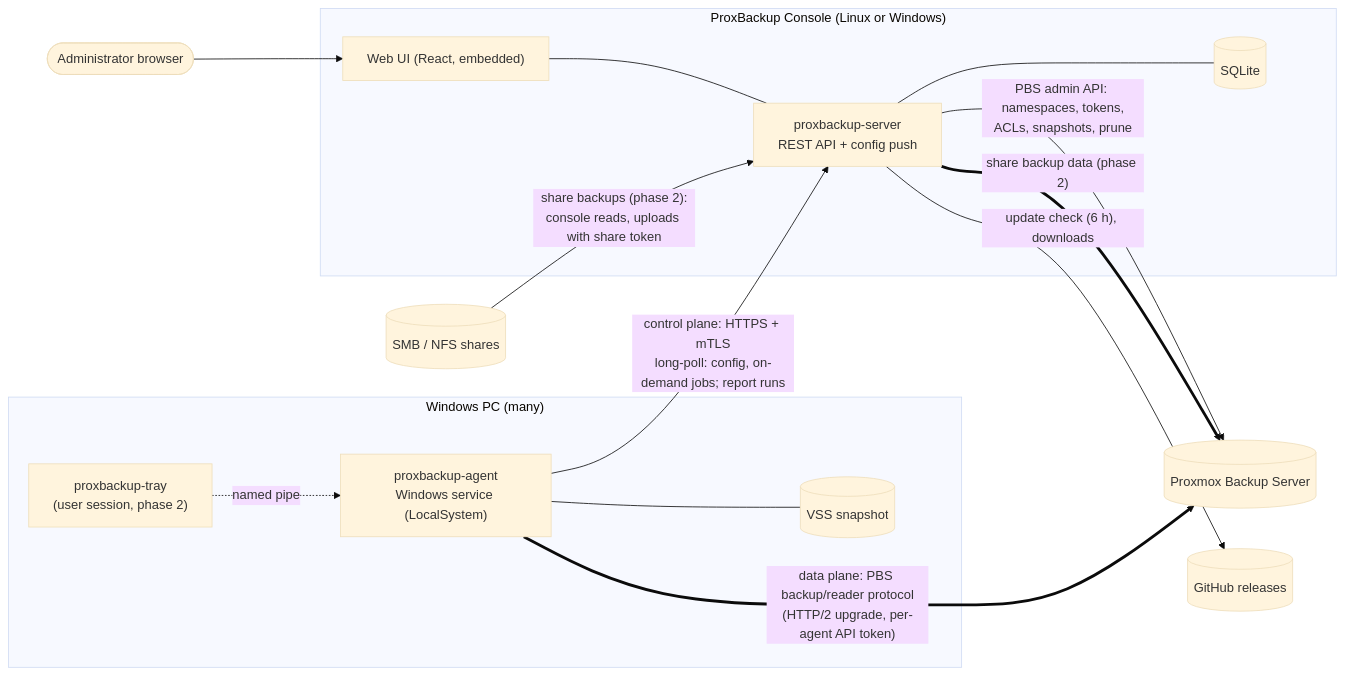
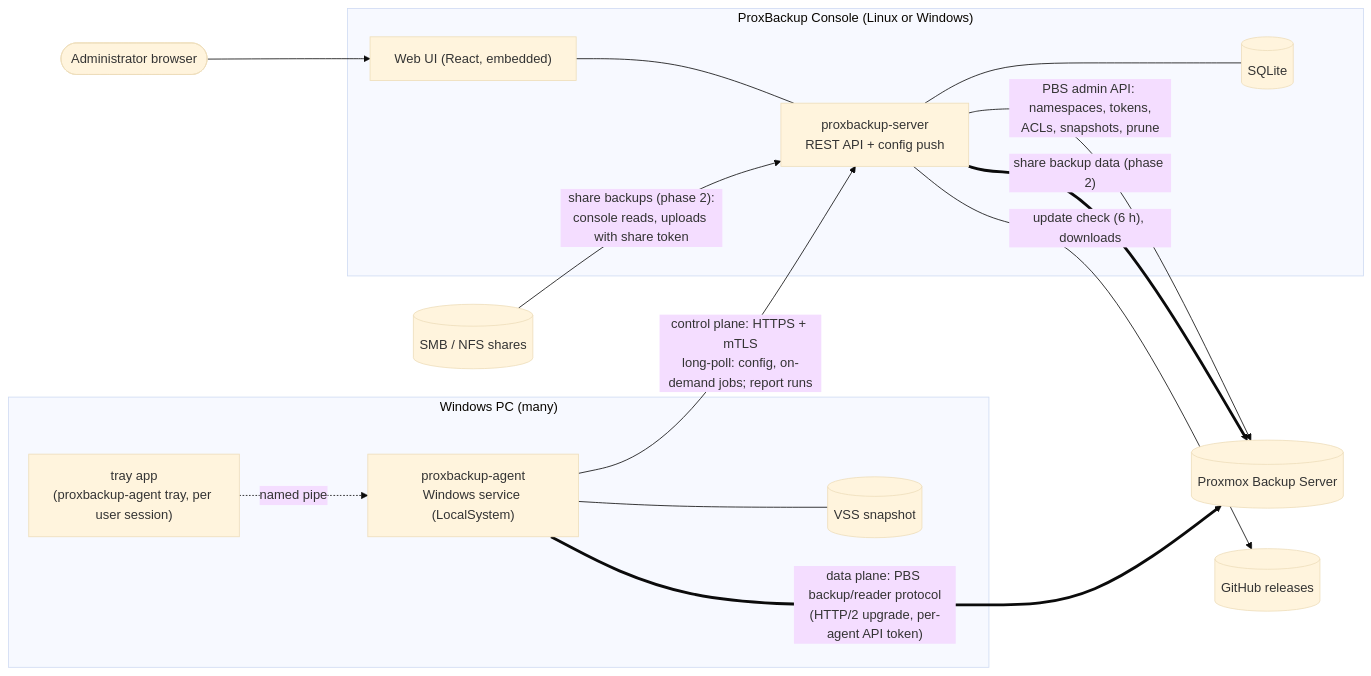
One commit to Lopicl/proxbackup-solution changed the first of 6 diagrams in docs/architecture.md. Above: the diagram before and after it, drawn with Mermaid (base theme). The commit also changed other lines of this file and 34 other files, not shown here.

First line of the commit message:
feat: add the tray app with self-service file restore

````diff
--- a/docs/architecture.md
+++ b/docs/architecture.md
@@ -27,28 +27,28 @@
 ```mermaid
 flowchart LR
   subgraph PC["Windows PC (many)"]
-    TRAY["proxbackup-tray<br/>(user session, phase 2)"] -. named pipe .-> AGENT
+    TRAY["tray app<br/>(proxbackup-agent tray, per user session)"] -. named pipe .-> AGENT
     AGENT["proxbackup-agent<br/>Windows service (LocalSystem)"]
     VSS[(VSS snapshot)]
     AGENT --- VSS
   end
 
   subgraph MGMT["ProxBackup Console (Linux or Windows)"]
     API["proxbackup-server<br/>REST API + config push"]
     UI["Web UI (React, embedded)"]
     DB[(SQLite)]
     API --- DB
     UI --- API
   end
 
   PBS[("Proxmox Backup Server")]
   GH[("GitHub releases")]
 
   AGENT -- "control plane: HTTPS + mTLS<br/>long-poll: config, on-demand jobs; report runs" --> API
   AGENT == "data plane: PBS backup/reader protocol<br/>(HTTP/2 upgrade, per-agent API token)" ==> PBS
   API -- "PBS admin API: namespaces, tokens,<br/>ACLs, snapshots, prune" --> PBS
   API -- "update check (6 h), downloads" --> GH
   SHARES[("SMB / NFS shares")] -- "share backups (phase 2):<br/>console reads, uploads with share token" --> API
   API == "share backup data (phase 2)" ==> PBS
   ADMIN(["Administrator browser"]) --> UI
 ```
````
